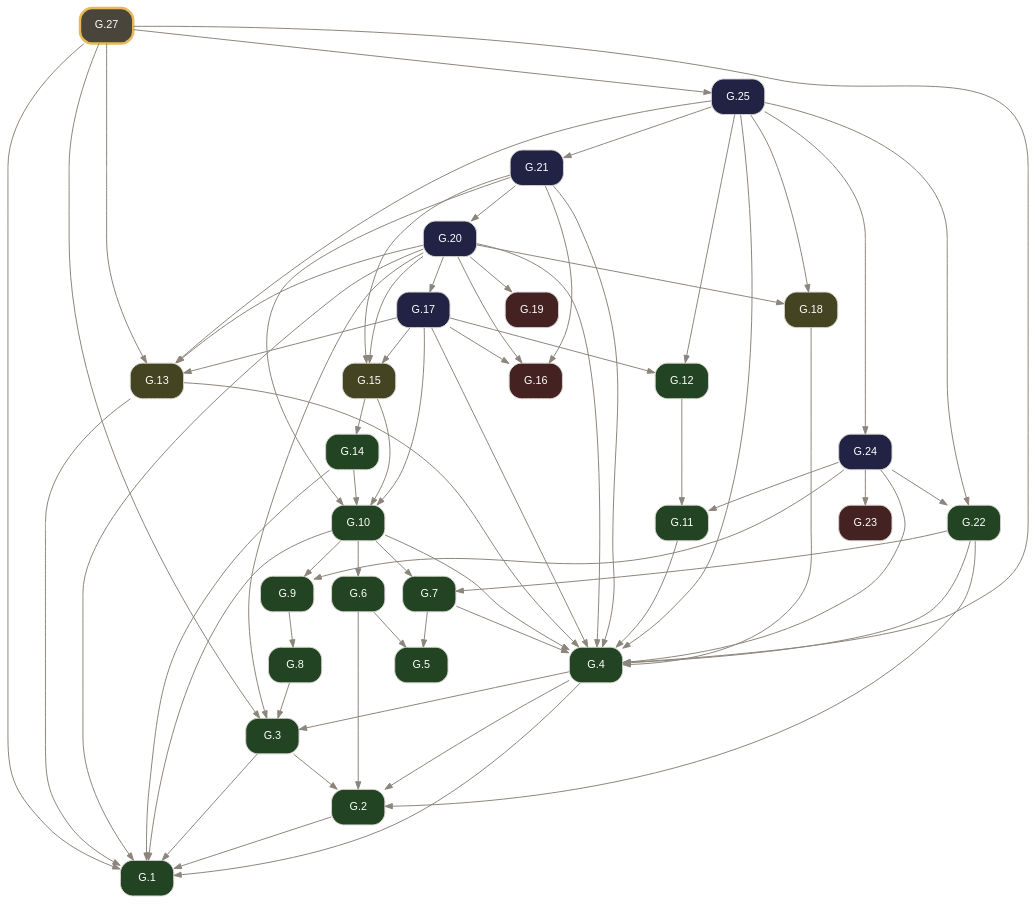
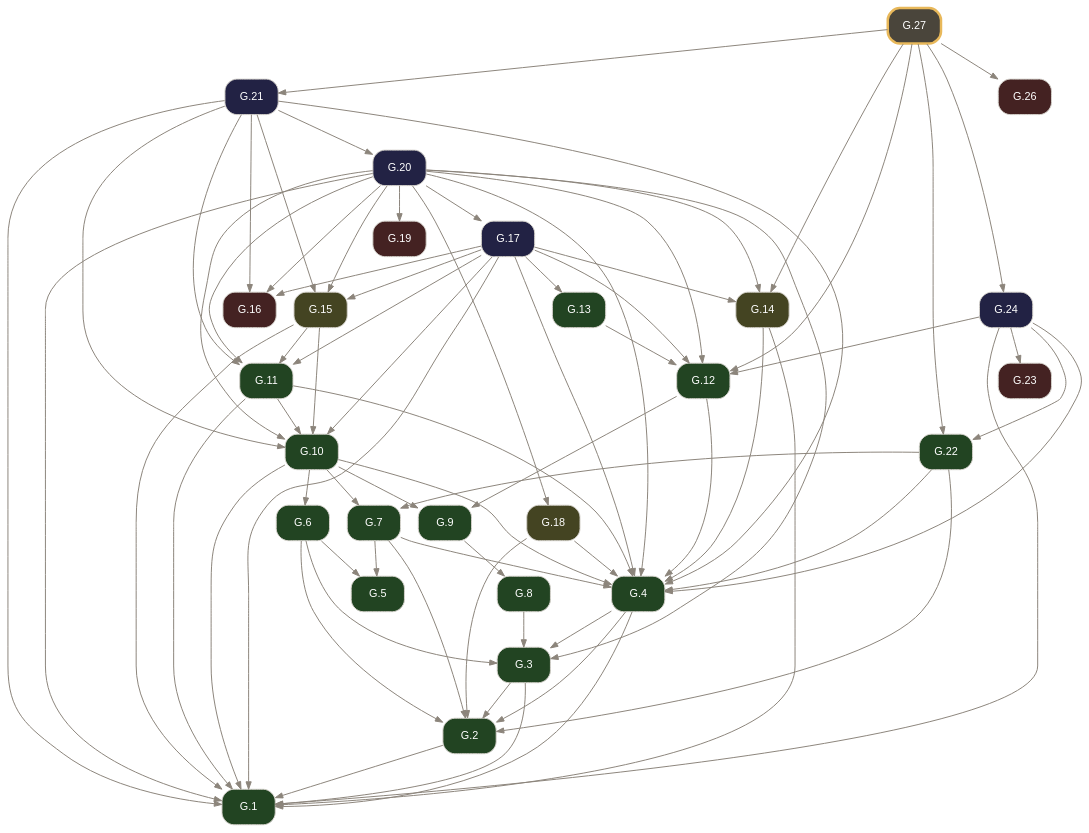
Before and after one commit to geometor/elements: the diagram in docsrc/elements2/G.27/index.rst, drawn with Graphviz. The commit also changed other lines of this file and 1276 other files, not shown here.

```diff
--- a/docsrc/elements2/G.27/index.rst
+++ b/docsrc/elements2/G.27/index.rst
@@ -85,10 +83,10 @@
      "G.8" [label="G.8", tooltip="G.8 (I.def.13): A boundary is the extremity of anything.", fillcolor="#224422", URL="../G.8/index.html", target="_top"];
      "G.9" [label="G.9", tooltip="G.9 (I.def.14): A figure is that which is contained by any boundary or boundaries.", fillcolor="#224422", URL="../G.9/index.html", target="_top"];
      "G.10" [label="G.10", tooltip="G.10 (I.def.15): A circle ( A B ) is a plane figure contained by one arc defined by a center A and a point B establishing its defining radius / A B /, such that all segments / A B /, / A C /, / A D...", fillcolor="#224422", URL="../G.10/index.html", target="_top"];
-     "G.11" [label="G.11", tooltip="G.11 (I.def.19): Rectilineal figures are contained by segments: trilateral by three, quadrilateral by four, and multilateral by more than four.", fillcolor="#224422", URL="../G.11/index.html", target="_top"];
-     "G.12" [label="G.12", tooltip="G.12 (I.def.20): Of trilateral figures, an equilateral triangle < A B C > has three equal sides, an isosceles triangle < D E F > has two equal sides, and a scalene triangle < G H K > has three uneq...", fillcolor="#224422", URL="../G.12/index.html", target="_top"];
-     "G.13" [label="G.13", tooltip="G.13 (I.post.1): Construct a segment / A B / between any two points A, B.", fillcolor="#444422", URL="../G.13/index.html", target="_top"];
-     "G.14" [label="G.14", tooltip="G.14 (I.def.16): The point A within the circle ( A B ) from which all segments / A B /, / A C / to the arc are equal is called the center of the circle.", fillcolor="#224422", URL="../G.14/index.html", target="_top"];
+     "G.11" [label="G.11", tooltip="G.11 (I.def.16): The point A within the circle ( A B ) from which all segments / A B /, / A C / to the arc are equal is called the center of the circle.", fillcolor="#224422", URL="../G.11/index.html", target="_top"];
+     "G.12" [label="G.12", tooltip="G.12 (I.def.19): Rectilineal figures are contained by segments: trilateral by three, quadrilateral by four, and multilateral by more than four.", fillcolor="#224422", URL="../G.12/index.html", target="_top"];
+     "G.13" [label="G.13", tooltip="G.13 (I.def.20): Of trilateral figures, an equilateral triangle < A B C > has three equal sides, an isosceles triangle < D E F > has two equal sides, and a scalene triangle < G H K > has three uneq...", fillcolor="#224422", URL="../G.13/index.html", target="_top"];
+     "G.14" [label="G.14", tooltip="G.14 (I.post.1): Construct a segment / A B / between any two points A, B.", fillcolor="#444422", URL="../G.14/index.html", target="_top"];
      "G.15" [label="G.15", tooltip="G.15 (I.post.3): Construct a circle ( A B ) with center A and defining radius point B.", fillcolor="#444422", URL="../G.15/index.html", target="_top"];
      "G.16" [label="G.16", tooltip="G.16 (I.cn.1): Things equal to the same thing are equal to one another.", fillcolor="#442222", URL="../G.16/index.html", target="_top"];
      "G.17" [label="G.17", tooltip="G.17 (I.1): Construct an equilateral triangle on a given segment.", fillcolor="#222244", URL="../G.17/index.html", target="_top"];
@@ -99,36 +97,40 @@
      "G.22" [label="G.22", tooltip="G.22 (I.def.8): A plane angle is the inclination to one another of two lines or arcs in a plane that meet and do not lie on the same line.", fillcolor="#224422", URL="../G.22/index.html", target="_top"];
      "G.23" [label="G.23", tooltip="G.23 (I.cn.4): Things / A B /, / D E / that coincide with one another are equal to one another.", fillcolor="#442222", URL="../G.23/index.html", target="_top"];
      "G.24" [label="G.24", tooltip="G.24 (I.4): Triangles with two sides and the included angle equal are congruent (SAS).", fillcolor="#222244", URL="../G.24/index.html", target="_top"];
-     "G.25" [label="G.25", tooltip="G.25 (I.5): In an isosceles triangle, the angles at the base are equal, and if the equal sides are extended, the angles under the base are equal.", fillcolor="#222244", URL="../G.25/index.html", target="_top"];
-     "G.27" [label="G.27", tooltip="G.27 (I.7): On the same segment and on the same side, there cannot be constructed two distinct triangles with both pairs of conterminous sides equal.", penwidth=2.5, color="#e8b85a", fillcolor="#4a453b", URL="index.html", target="_top"];
+     "G.26" [label="G.26", tooltip="G.26 (I.cn.5): The whole is greater than the part.", fillcolor="#442222", URL="../G.26/index.html", target="_top"];
+     "G.27" [label="G.27", tooltip="G.27 (I.6): If two angles of a triangle are equal, the sides subtending the equal angles are also equal.", penwidth=2.5, color="#e8b85a", fillcolor="#4a453b", URL="index.html", target="_top"];
      "G.2" -> "G.1";
      "G.3" -> "G.1";
      "G.4" -> "G.1";
      "G.10" -> "G.1";
-     "G.13" -> "G.1";
+     "G.11" -> "G.1";
      "G.14" -> "G.1";
+     "G.15" -> "G.1";
+     "G.17" -> "G.1";
      "G.20" -> "G.1";
-     "G.27" -> "G.1";
+     "G.21" -> "G.1";
+     "G.24" -> "G.1";
      "G.3" -> "G.2";
      "G.4" -> "G.2";
      "G.6" -> "G.2";
+     "G.7" -> "G.2";
+     "G.18" -> "G.2";
      "G.22" -> "G.2";
      "G.4" -> "G.3";
+     "G.6" -> "G.3";
      "G.8" -> "G.3";
      "G.20" -> "G.3";
-     "G.27" -> "G.3";
      "G.7" -> "G.4";
      "G.10" -> "G.4";
      "G.11" -> "G.4";
-     "G.13" -> "G.4";
+     "G.12" -> "G.4";
+     "G.14" -> "G.4";
      "G.17" -> "G.4";
      "G.18" -> "G.4";
      "G.20" -> "G.4";
      "G.21" -> "G.4";
      "G.22" -> "G.4";
      "G.24" -> "G.4";
-     "G.25" -> "G.4";
-     "G.27" -> "G.4";
      "G.6" -> "G.5";
      "G.7" -> "G.5";
      "G.10" -> "G.6";
@@ -136,20 +138,25 @@
      "G.22" -> "G.7";
      "G.9" -> "G.8";
      "G.10" -> "G.9";
-     "G.24" -> "G.9";
-     "G.14" -> "G.10";
+     "G.12" -> "G.9";
+     "G.11" -> "G.10";
      "G.15" -> "G.10";
      "G.17" -> "G.10";
+     "G.20" -> "G.10";
      "G.21" -> "G.10";
-     "G.12" -> "G.11";
-     "G.24" -> "G.11";
+     "G.15" -> "G.11";
+     "G.17" -> "G.11";
+     "G.20" -> "G.11";
+     "G.21" -> "G.11";
+     "G.13" -> "G.12";
      "G.17" -> "G.12";
-     "G.25" -> "G.12";
+     "G.20" -> "G.12";
+     "G.24" -> "G.12";
+     "G.27" -> "G.12";
      "G.17" -> "G.13";
-     "G.20" -> "G.13";
-     "G.25" -> "G.13";
-     "G.27" -> "G.13";
-     "G.15" -> "G.14";
+     "G.17" -> "G.14";
+     "G.20" -> "G.14";
+     "G.27" -> "G.14";
      "G.17" -> "G.15";
      "G.20" -> "G.15";
      "G.21" -> "G.15";
@@ -158,13 +165,12 @@
      "G.21" -> "G.16";
      "G.20" -> "G.17";
      "G.20" -> "G.18";
-     "G.25" -> "G.18";
      "G.20" -> "G.19";
      "G.21" -> "G.20";
-     "G.25" -> "G.21";
+     "G.27" -> "G.21";
      "G.24" -> "G.22";
-     "G.25" -> "G.22";
+     "G.27" -> "G.22";
      "G.24" -> "G.23";
-     "G.25" -> "G.24";
-     "G.27" -> "G.25";
+     "G.27" -> "G.24";
+     "G.27" -> "G.26";
    }
```
